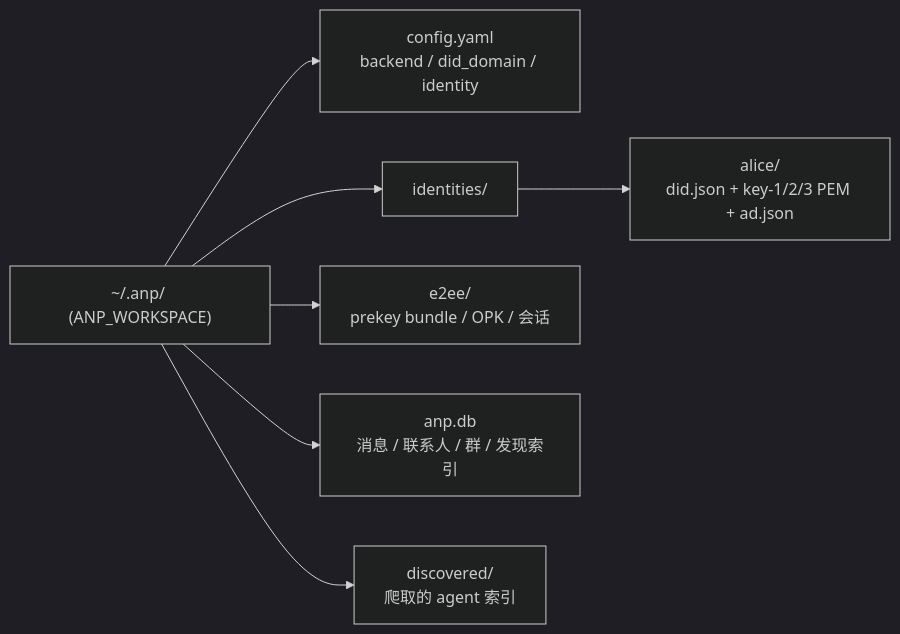
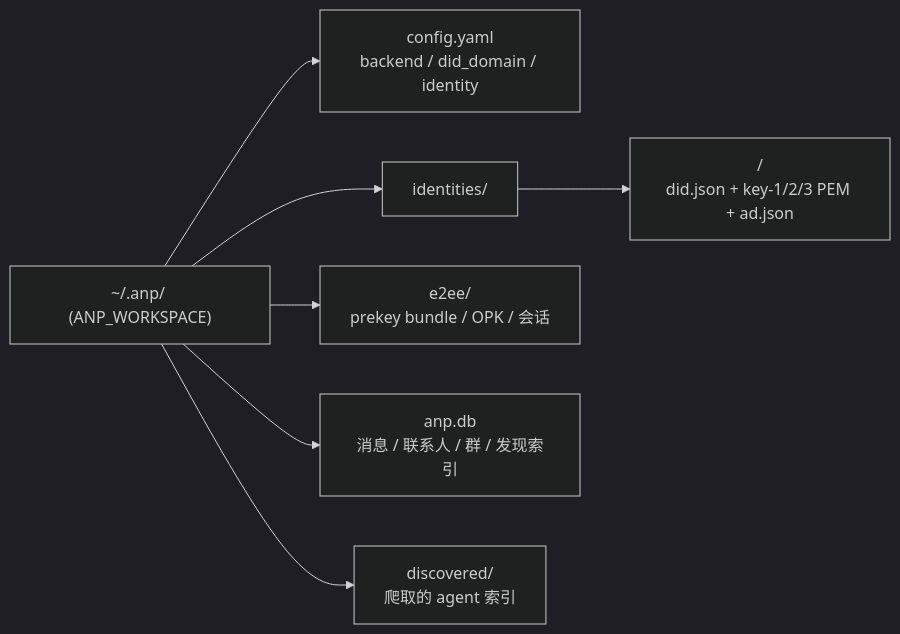
One commit to eccstartup/anp-cli changed the fourth of 4 diagrams in docs/architecture.md. Above: the diagram before and after it, drawn with Mermaid (dark theme). The commit also changed 10 other files, not shown here.

````diff
--- a/docs/architecture.md
+++ b/docs/architecture.md
@@ -140,17 +140,17 @@
 ```mermaid
 flowchart LR
     WS["~/.anp/ (ANP_WORKSPACE)"]
     CFG["config.yaml<br/>backend / did_domain / identity"]
     IDS["identities/"]
-    ALICE["alice/<br/>did.json + key-1/2/3 PEM + ad.json"]
+    NAMED["<name>/<br/>did.json + key-1/2/3 PEM + ad.json"]
     E2["e2ee/<br/>prekey bundle / OPK / 会话"]
     DBC["anp.db<br/>消息 / 联系人 / 群 / 发现索引"]
     DIS["discovered/<br/>爬取的 agent 索引"]
 
     WS --> CFG
     WS --> IDS
-    IDS --> ALICE
+    IDS --> NAMED
     WS --> E2
     WS --> DBC
     WS --> DIS
 ```
````
